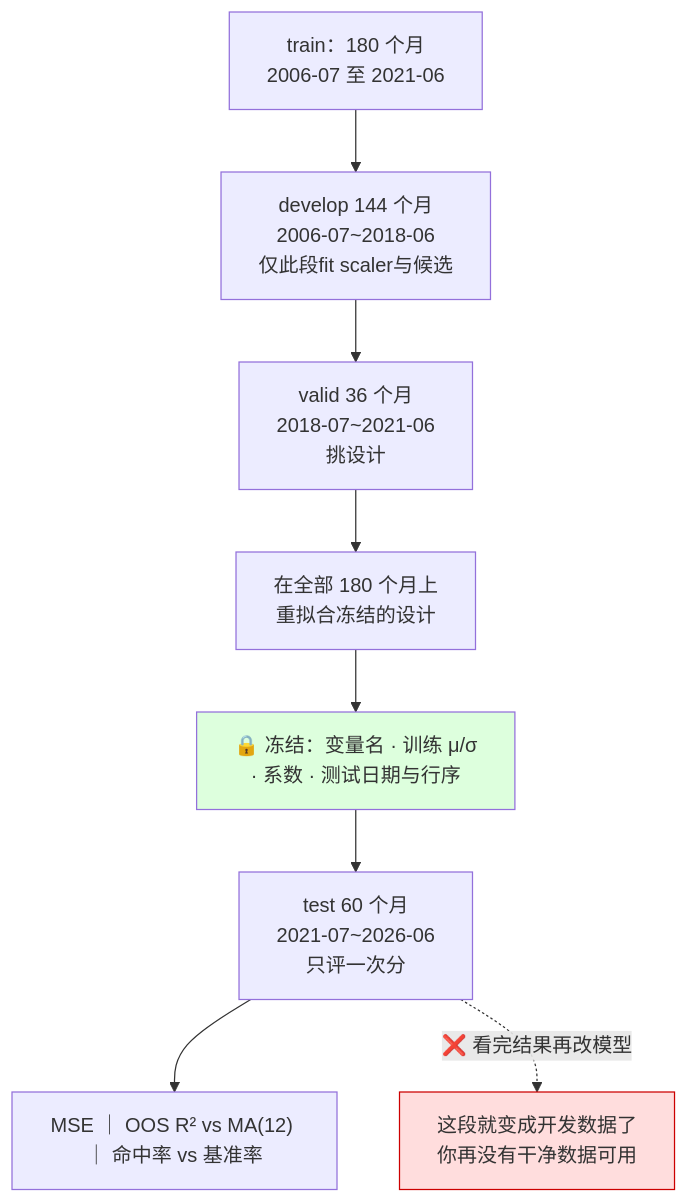
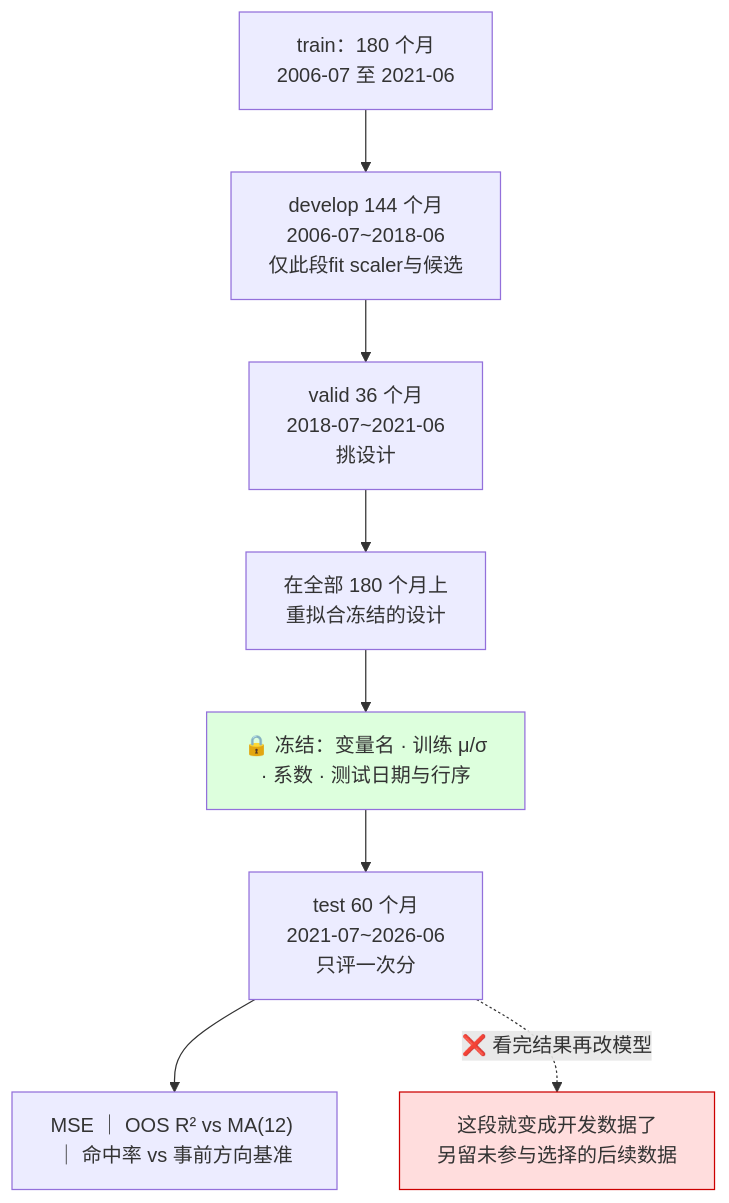
The fourth of 4 diagrams in EF5560_Fintech_and_AI_in_Finance/notes/M02-回归与样本外设计.md (CercaTrovato/cityu-ai-course-notes), drawn with Mermaid before and after one commit. The commit also changed other lines of this file and 149 other files, not shown here.

````diff
--- a/EF5560_Fintech_and_AI_in_Finance/notes/M02-回归与样本外设计.md
+++ b/EF5560_Fintech_and_AI_in_Finance/notes/M02-回归与样本外设计.md
@@ -2083,23 +2170,23 @@
 ```mermaid
 flowchart TD
     A["train：180 个月
 2006-07 至 2021-06"]
     A --> D
       D["develop 144 个月
 2006-07~2018-06
 仅此段fit scaler与候选"] --> V["valid 36 个月
 2018-07~2021-06
 挑设计"]
     V --> R["在全部 180 个月上
 重拟合冻结的设计"]
     R --> F["🔒 冻结：变量名 · 训练 μ/σ
 · 系数 · 测试日期与行序"]
     F --> T["test 60 个月
 2021-07~2026-06
 只评一次分"]
-    T --> S["MSE ｜ OOS R² vs MA(12) ｜ 命中率 vs 基准率"]
+    T --> S["MSE ｜ OOS R² vs MA(12) ｜ 命中率 vs 事前方向基准"]
     T -.->|"❌ 看完结果再改模型"| Z["这段就变成开发数据了
-你再没有干净数据可用"]
+另留未参与选择的后续数据"]
     style F fill:#dfd
     style Z fill:#fdd,stroke:#c00
 ```
````
